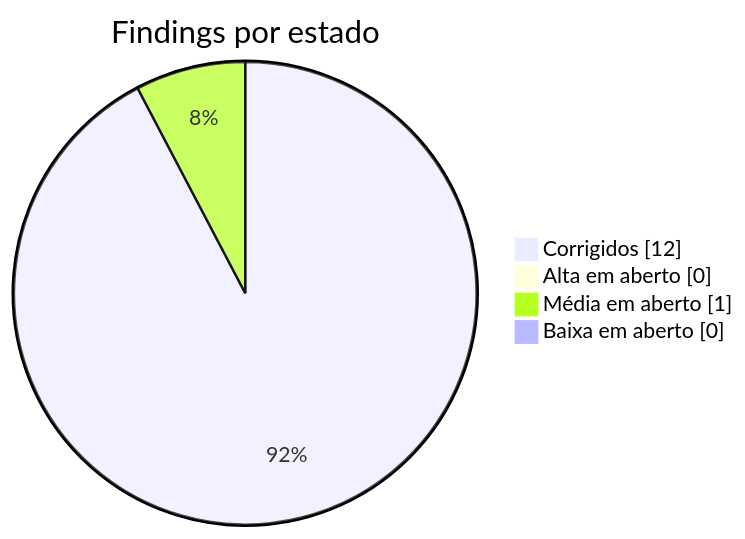
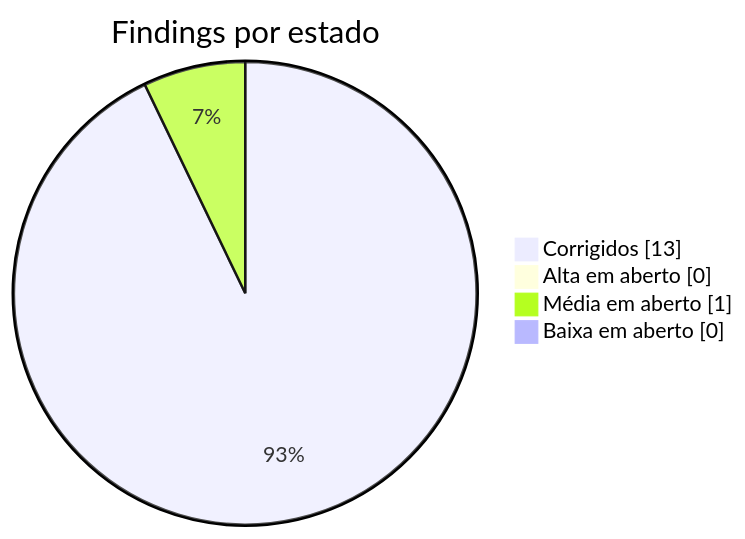
The first of 2 diagrams in docs/06-engineering/technical-debt.md (joaocarvalhini/Outlook-Reply-Assistant), drawn with Mermaid before and after one commit. The commit also changed other lines of this file and 18 other files, not shown here.

````diff
--- a/docs/06-engineering/technical-debt.md
+++ b/docs/06-engineering/technical-debt.md
@@ -20,8 +20,8 @@
 ```mermaid
 pie showData
     title Findings por estado
-    "Corrigidos" : 12
+    "Corrigidos" : 13
     "Alta em aberto" : 0
     "Média em aberto" : 1
     "Baixa em aberto" : 0
 ```
````
